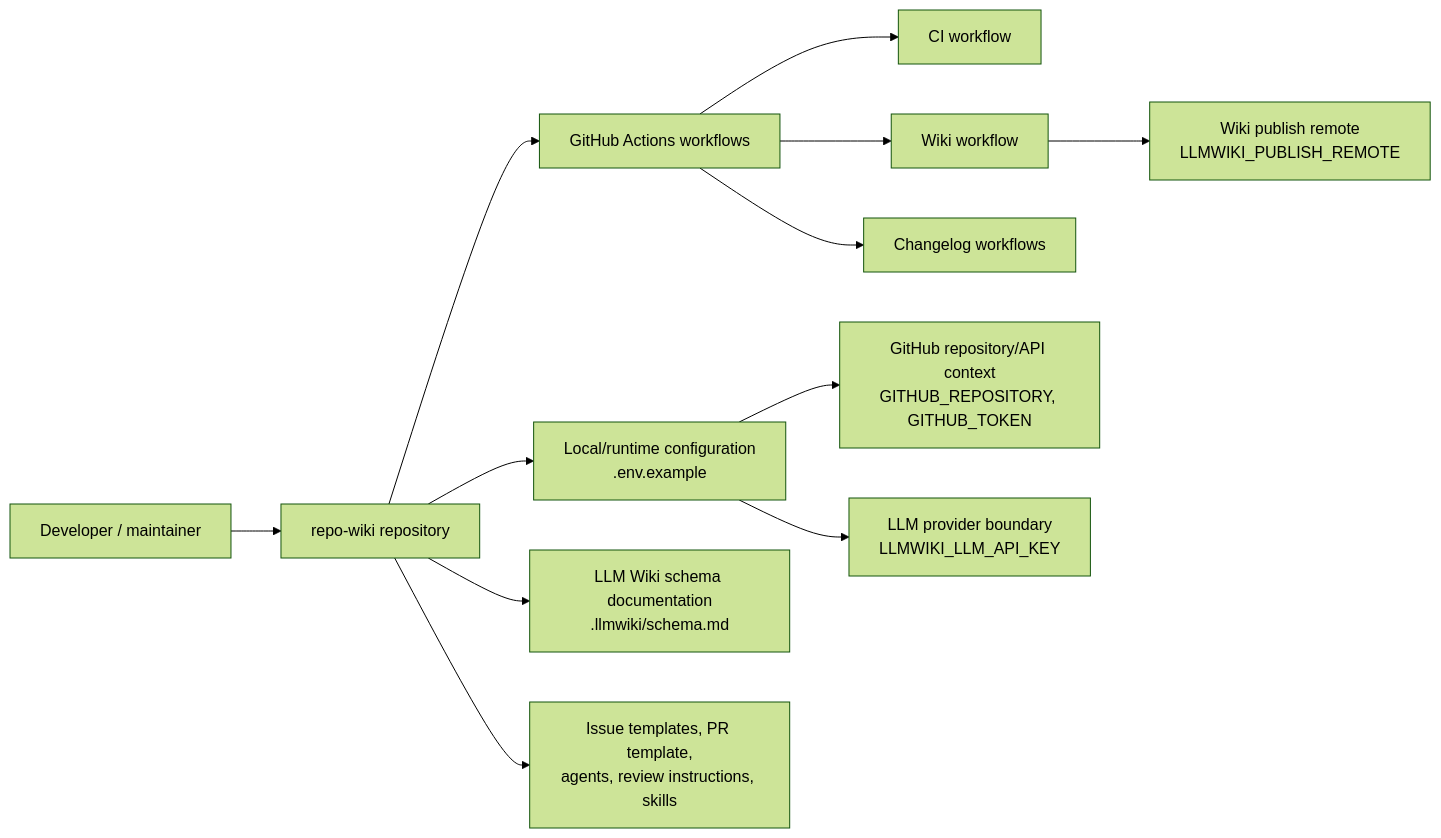
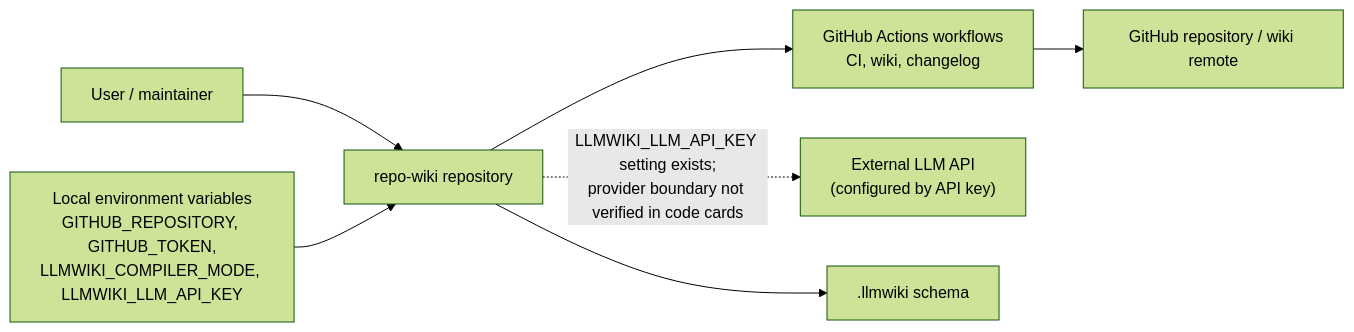
The first of 4 diagrams in Architecture.md (mfittko/repo-wiki), drawn with Mermaid (forest theme) before and after one commit. The commit also changed other lines of this file and 43 other files, not shown here.

Commit message:
Compile repository wiki 2026-05-16T10:52:28.383Z

````diff
--- a/Architecture.md
+++ b/Architecture.md
@@ -52,16 +50,17 @@
 ```mermaid
 flowchart LR
-  Dev["Developer / maintainer"] --> Repo["repo-wiki repository"]
-  Repo --> GHActions["GitHub Actions workflows"]
-  GHActions --> CI["CI workflow"]
-  GHActions --> WikiWF["Wiki workflow"]
-  GHActions --> ChangelogWF["Changelog workflows"]
+  User["User / maintainer"]
+  Repo["repo-wiki repository"]
+  Env["Local environment variables<br/>GITHUB_REPOSITORY, GITHUB_TOKEN,<br/>LLMWIKI_COMPILER_MODE, LLMWIKI_LLM_API_KEY"]
+  GHA["GitHub Actions workflows<br/>CI, wiki, changelog"]
+  GitHub["GitHub repository / wiki remote"]
+  LLM["External LLM API<br/>(configured by API key)"]
+  WikiSchema[".llmwiki schema"]
 
-  Repo --> Config["Local/runtime configuration<br/>.env.example"]
-  Config --> GitHubAPI["GitHub repository/API context<br/>GITHUB_REPOSITORY, GITHUB_TOKEN"]
-  Config --> LLM["LLM provider boundary<br/>LLMWIKI_LLM_API_KEY"]
-  WikiWF --> WikiRemote["Wiki publish remote<br/>LLMWIKI_PUBLISH_REMOTE"]
-
-  Repo --> Schema["LLM Wiki schema documentation<br/>.llmwiki/schema.md"]
-  Repo --> Governance["Issue templates, PR template,<br/>agents, review instructions, skills"]
+  User --> Repo
+  Repo --> WikiSchema
+  Env --> Repo
+  Repo --> GHA
+  GHA --> GitHub
+  Repo -. "LLMWIKI_LLM_API_KEY setting exists;<br/>provider boundary not verified in code cards" .-> LLM
 ```
````
